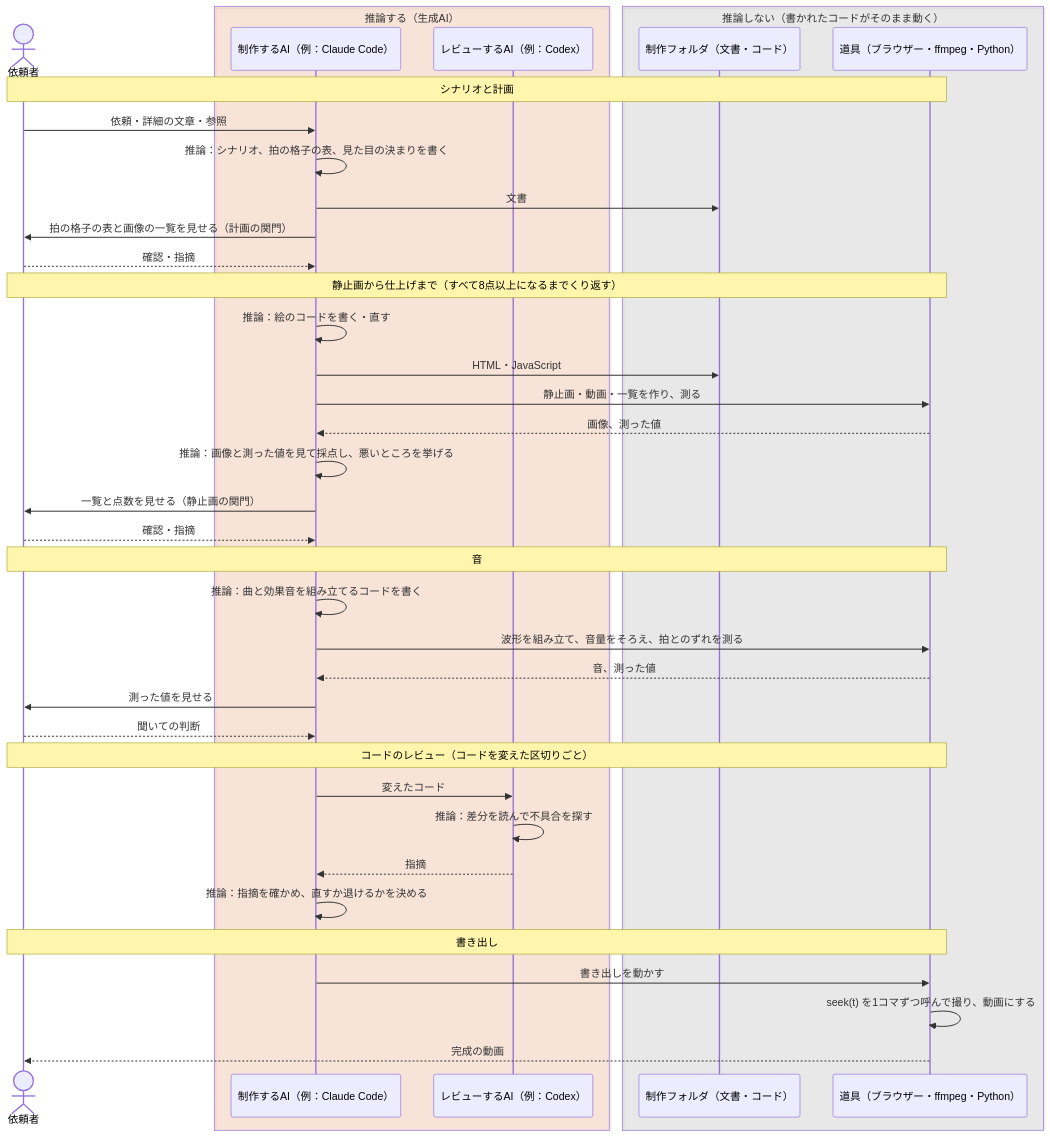
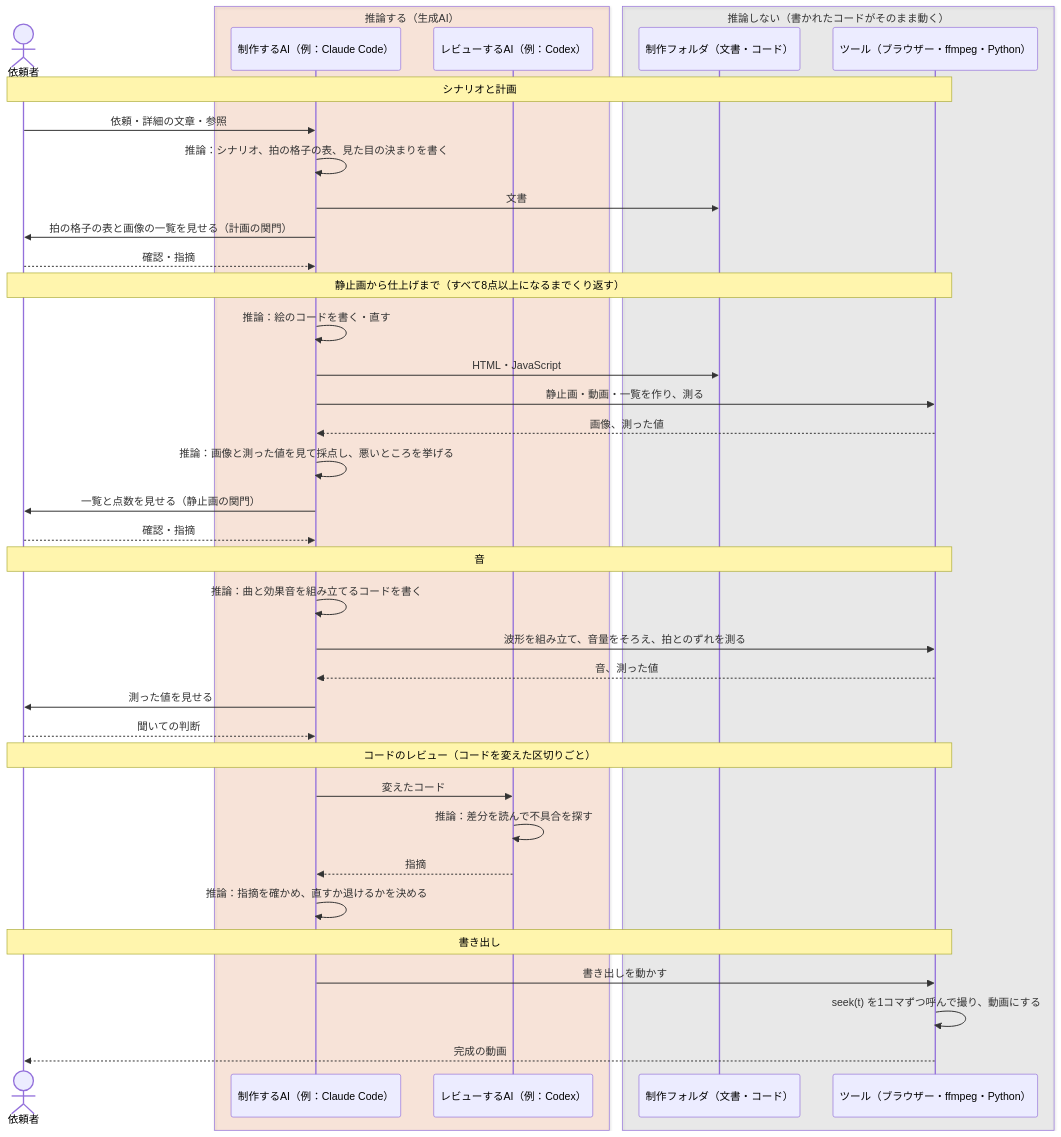
The diagram in docs/motion-graphics-video-production.md (tuckn/tkn-development-standards), drawn with Mermaid before and after one commit. The commit also changed other lines of this file and 5 other files, not shown here.

````diff
--- a/docs/motion-graphics-video-production.md
+++ b/docs/motion-graphics-video-production.md
@@ -86,46 +86,46 @@
 ```mermaid
 sequenceDiagram
   actor U as 依頼者
   box rgba(255, 88, 0, 0.12) 推論する（生成AI）
     participant C as 制作するAI（例：Claude Code）
     participant X as レビューするAI（例：Codex）
   end
   box rgba(128, 128, 128, 0.12) 推論しない（書かれたコードがそのまま動く）
     participant F as 制作フォルダ（文書・コード）
-    participant T as 道具（ブラウザー・ffmpeg・Python）
+    participant T as ツール（ブラウザー・ffmpeg・Python）
   end
 
   Note over U,T: シナリオと計画
   U->>C: 依頼・詳細の文章・参照
   C->>C: 推論：シナリオ、拍の格子の表、見た目の決まりを書く
   C->>F: 文書
   C->>U: 拍の格子の表と画像の一覧を見せる（計画の関門）
   U-->>C: 確認・指摘
 
   Note over U,T: 静止画から仕上げまで（すべて8点以上になるまでくり返す）
   C->>C: 推論：絵のコードを書く・直す
   C->>F: HTML・JavaScript
   C->>T: 静止画・動画・一覧を作り、測る
   T-->>C: 画像、測った値
   C->>C: 推論：画像と測った値を見て採点し、悪いところを挙げる
   C->>U: 一覧と点数を見せる（静止画の関門）
   U-->>C: 確認・指摘
 
   Note over U,T: 音
   C->>C: 推論：曲と効果音を組み立てるコードを書く
   C->>T: 波形を組み立て、音量をそろえ、拍とのずれを測る
   T-->>C: 音、測った値
   C->>U: 測った値を見せる
   U-->>C: 聞いての判断
 
   Note over U,T: コードのレビュー（コードを変えた区切りごと）
   C->>X: 変えたコード
   X->>X: 推論：差分を読んで不具合を探す
   X-->>C: 指摘
   C->>C: 推論：指摘を確かめ、直すか退けるかを決める
 
   Note over U,T: 書き出し
   C->>T: 書き出しを動かす
   T->>T: seek(t) を1コマずつ呼んで撮り、動画にする
   T-->>U: 完成の動画
 ```
````
